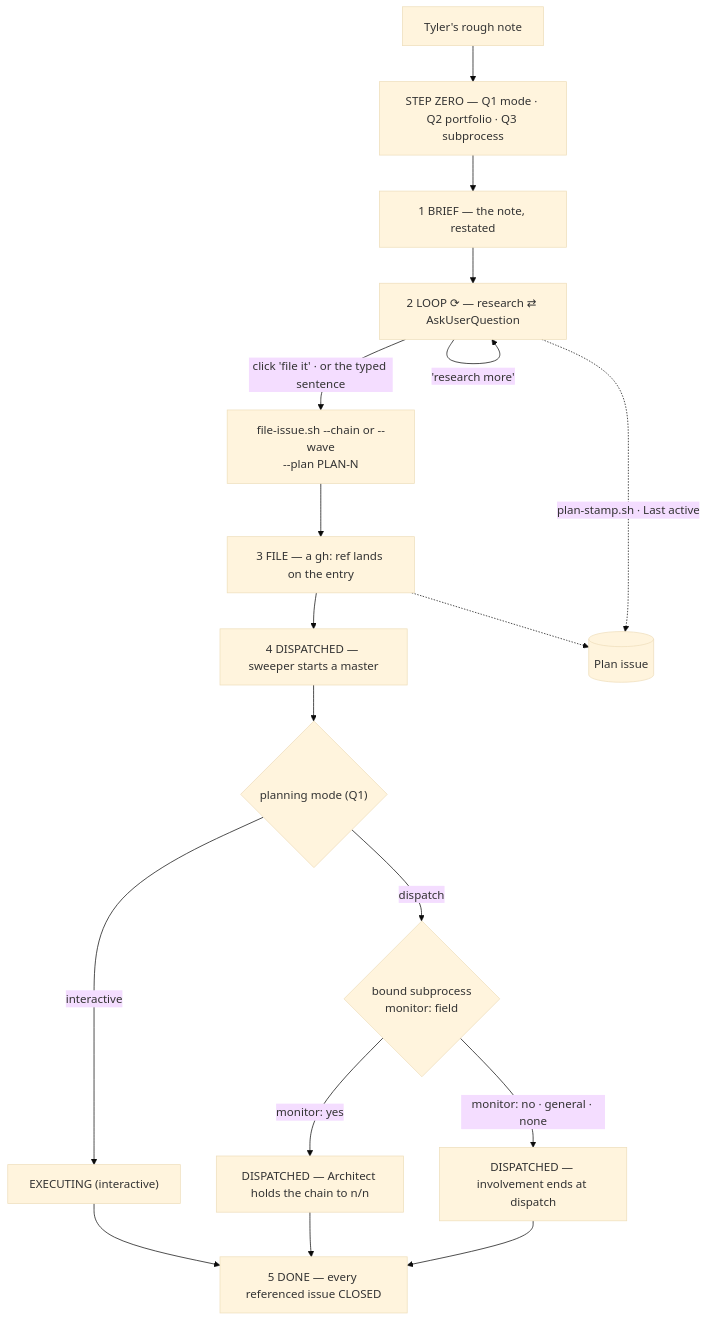
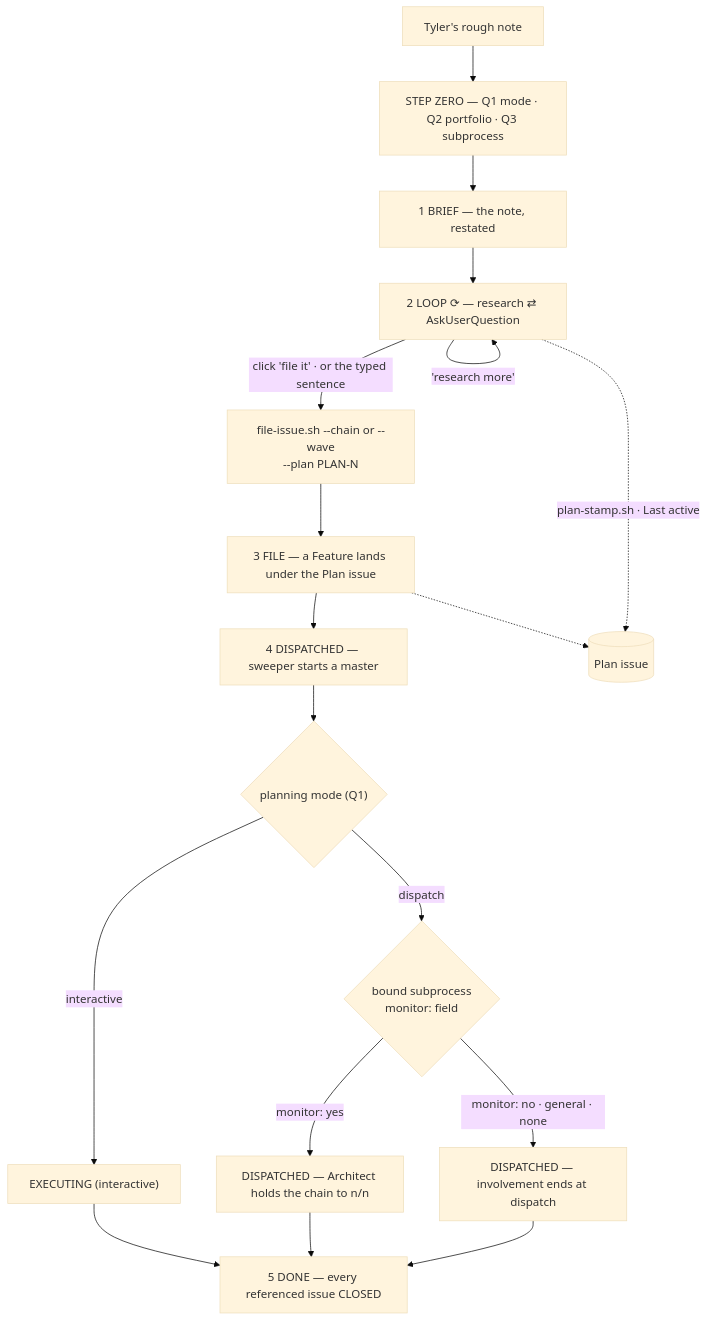
The diagram in content/docs/source/wi/components/planning-loop.md (utopia-models/docs), drawn with Mermaid (base theme) before and after one commit. The commit also changed other lines of this file and 49 other files, not shown here.

````diff
--- a/content/docs/source/wi/components/planning-loop.md
+++ b/content/docs/source/wi/components/planning-loop.md
@@ -50,20 +50,20 @@
 ```mermaid
 flowchart TD
     N["Tyler's rough note"] --> Z["STEP ZERO — Q1 mode · Q2 portfolio · Q3 subprocess"]
     Z --> B["1 BRIEF — the note, restated"]
     B --> L["2 LOOP ⟳ — research ⇄ AskUserQuestion"]
     L -->|"'research more'"| L
     L -->|"click 'file it' · or the typed sentence"| F["file-issue.sh --chain or --wave<br/>--plan PLAN-N"]
-    F --> G["3 FILE — a gh: ref lands on the entry"]
+    F --> G["3 FILE — a Feature lands under the Plan issue"]
     G --> D["4 DISPATCHED — sweeper starts a master"]
     D --> M{"planning mode (Q1)"}
     M -- "dispatch" --> S{"bound subprocess<br/>monitor: field"}
     S -- "monitor: no · general · none" --> DP["DISPATCHED — involvement ends at dispatch"]
     S -- "monitor: yes" --> DW["DISPATCHED — Architect holds the chain to n/n"]
     M -- "interactive" --> IX["EXECUTING (interactive)"]
     DP --> O["5 DONE — every referenced issue CLOSED"]
     DW --> O
     IX --> O
     L -.->|"plan-stamp.sh · Last active"| E[("Plan issue")]
     G -.-> E
 ```
````
